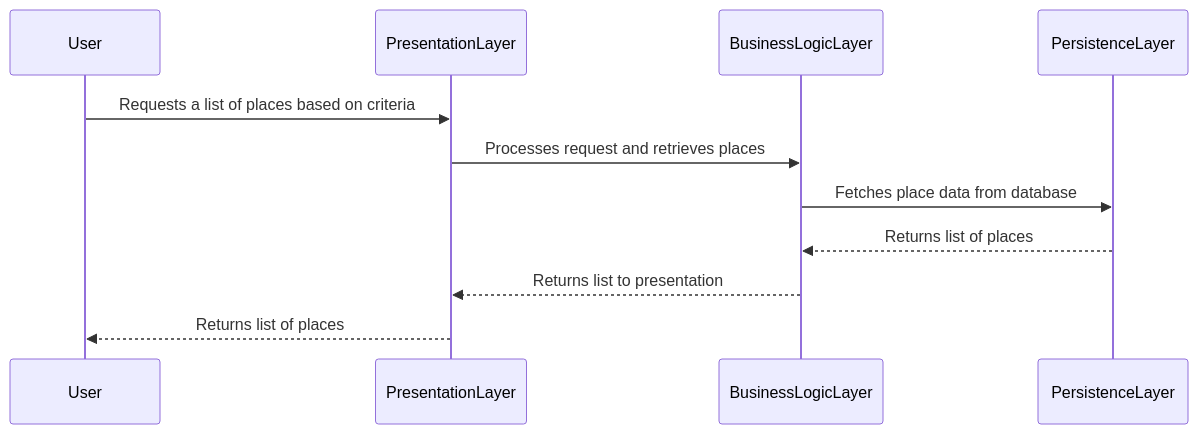
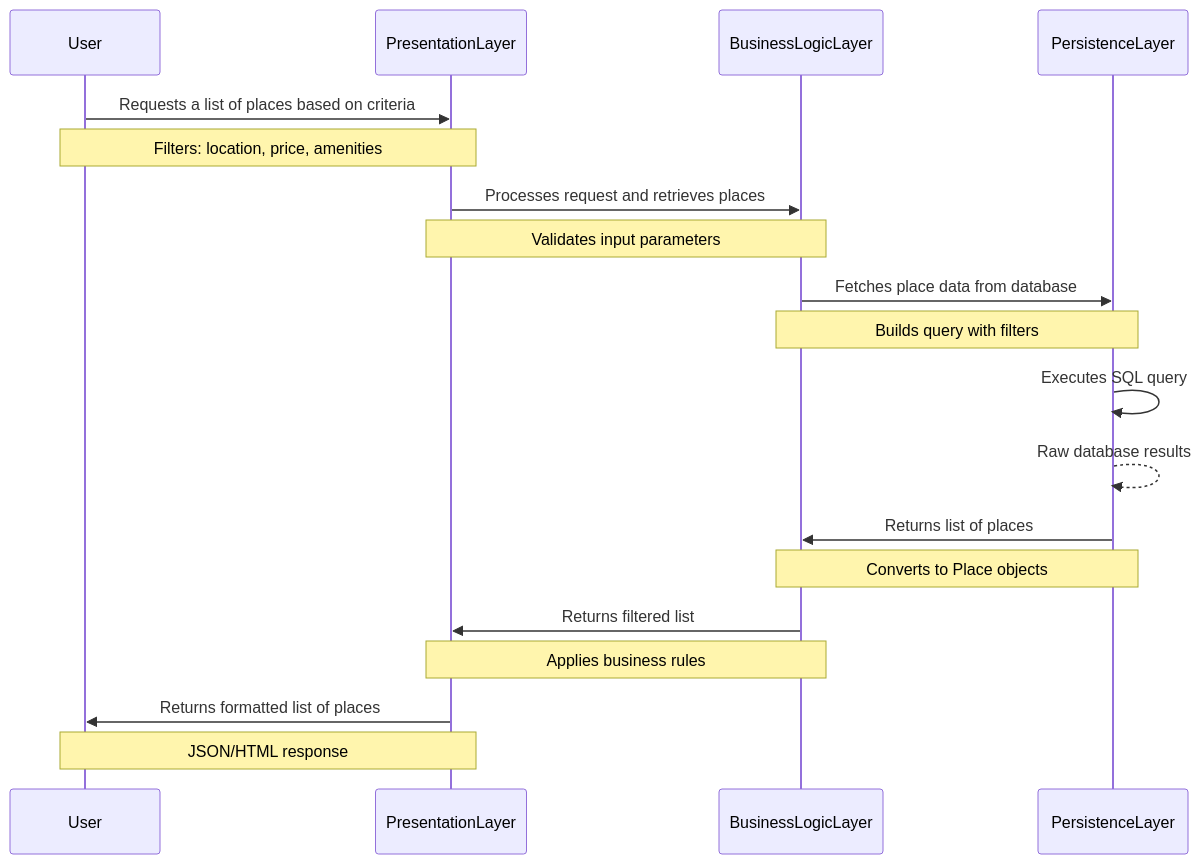
Before and after one commit to Maniok19/holbertonschool-hbnb: the diagram in SequenceDiagramFetchPlaces.mmd, drawn with Mermaid.

Commit message:
Enhance sequence diagram for FetchPlaces to include detailed notes on filtering, validation, and data processing steps

```diff
--- a/SequenceDiagramFetchPlaces.mmd
+++ b/SequenceDiagramFetchPlaces.mmd
@@ -1,12 +1,26 @@
 sequenceDiagram
-  participant User
-  participant PresentationLayer
-  participant BusinessLogicLayer
-  participant PersistenceLayer
+    participant User
+    participant PresentationLayer
+    participant BusinessLogicLayer
+    participant PersistenceLayer
 
-  User->>PresentationLayer: Requests a list of places based on criteria
-  PresentationLayer->>BusinessLogicLayer: Processes request and retrieves places
-  BusinessLogicLayer->>PersistenceLayer: Fetches place data from database
-  PersistenceLayer-->>BusinessLogicLayer: Returns list of places
-  BusinessLogicLayer-->>PresentationLayer: Returns list to presentation
-  PresentationLayer-->>User: Returns list of places
+    User->>PresentationLayer: Requests a list of places based on criteria
+    Note over User,PresentationLayer: Filters: location, price, amenities
+
+    PresentationLayer->>BusinessLogicLayer: Processes request and retrieves places
+    Note over PresentationLayer,BusinessLogicLayer: Validates input parameters
+
+    BusinessLogicLayer->>PersistenceLayer: Fetches place data from database
+    Note over BusinessLogicLayer,PersistenceLayer: Builds query with filters
+
+    PersistenceLayer->>PersistenceLayer: Executes SQL query
+    PersistenceLayer-->>PersistenceLayer: Raw database results
+
+    PersistenceLayer->>BusinessLogicLayer: Returns list of places
+    Note over PersistenceLayer,BusinessLogicLayer: Converts to Place objects
+
+    BusinessLogicLayer->>PresentationLayer: Returns filtered list
+    Note over BusinessLogicLayer,PresentationLayer: Applies business rules
+
+    PresentationLayer->>User: Returns formatted list of places
+    Note over PresentationLayer,User: JSON/HTML response
```
